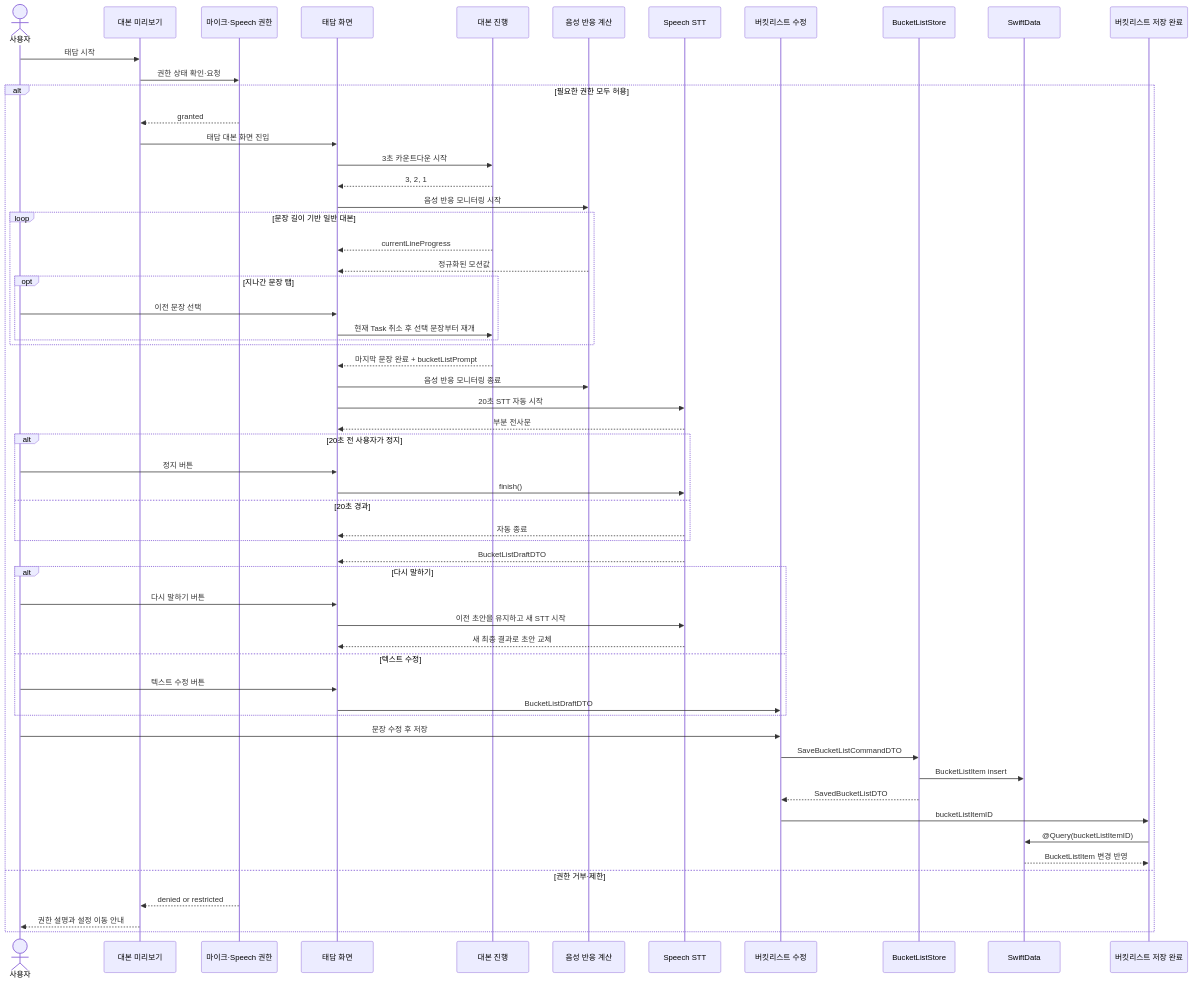
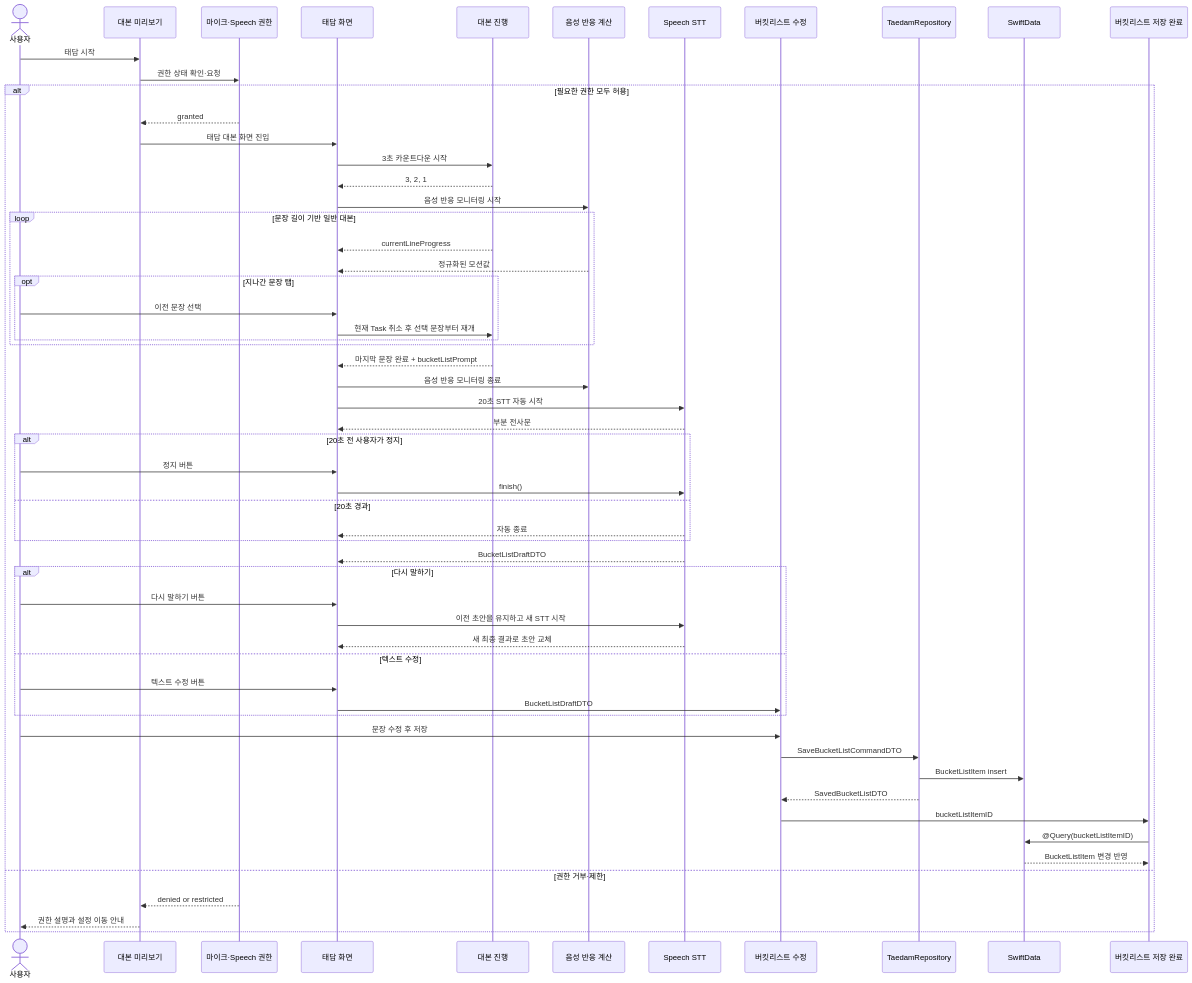
The third of 3 diagrams in docs/design/taedam-data-contracts.md (DeveloperAcademy-POSTECH/2026-C4-M15-siboya), drawn with Mermaid before and after one commit. The commit also changed other lines of this file, not shown here.

````diff
--- a/docs/design/taedam-data-contracts.md
+++ b/docs/design/taedam-data-contracts.md
@@ -464,63 +480,63 @@
 ```mermaid
 sequenceDiagram
     actor User as 사용자
     participant Preview as 대본 미리보기
     participant Permission as 마이크·Speech 권한
     participant Screen as 태담 화면
     participant Progress as 대본 진행
     participant Motion as 음성 반응 계산
     participant Speech as Speech STT
     participant Edit as 버킷리스트 수정
-    participant Store as BucketListStore
+    participant Store as TaedamRepository
     participant Data as SwiftData
     participant Complete as 버킷리스트 저장 완료
 
     User->>Preview: 태담 시작
     Preview->>Permission: 권한 상태 확인·요청
     alt 필요한 권한 모두 허용
         Permission-->>Preview: granted
         Preview->>Screen: 태담 대본 화면 진입
         Screen->>Progress: 3초 카운트다운 시작
         Progress-->>Screen: 3, 2, 1
         Screen->>Motion: 음성 반응 모니터링 시작
 
         loop 문장 길이 기반 일반 대본
             Progress-->>Screen: currentLineProgress
             Motion-->>Screen: 정규화된 모션값
             opt 지나간 문장 탭
                 User->>Screen: 이전 문장 선택
                 Screen->>Progress: 현재 Task 취소 후 선택 문장부터 재개
             end
         end
 
         Progress-->>Screen: 마지막 문장 완료 + bucketListPrompt
         Screen->>Motion: 음성 반응 모니터링 종료
         Screen->>Speech: 20초 STT 자동 시작
         Speech-->>Screen: 부분 전사문
         alt 20초 전 사용자가 정지
             User->>Screen: 정지 버튼
             Screen->>Speech: finish()
         else 20초 경과
             Speech-->>Screen: 자동 종료
         end
         Speech-->>Screen: BucketListDraftDTO
         alt 다시 말하기
             User->>Screen: 다시 말하기 버튼
             Screen->>Speech: 이전 초안을 유지하고 새 STT 시작
             Speech-->>Screen: 새 최종 결과로 초안 교체
         else 텍스트 수정
             User->>Screen: 텍스트 수정 버튼
             Screen->>Edit: BucketListDraftDTO
         end
         User->>Edit: 문장 수정 후 저장
         Edit->>Store: SaveBucketListCommandDTO
         Store->>Data: BucketListItem insert
         Store-->>Edit: SavedBucketListDTO
         Edit->>Complete: bucketListItemID
         Complete->>Data: @Query(bucketListItemID)
         Data-->>Complete: BucketListItem 변경 반영
     else 권한 거부·제한
         Permission-->>Preview: denied or restricted
         Preview-->>User: 권한 설명과 설정 이동 안내
     end
 ```
````
